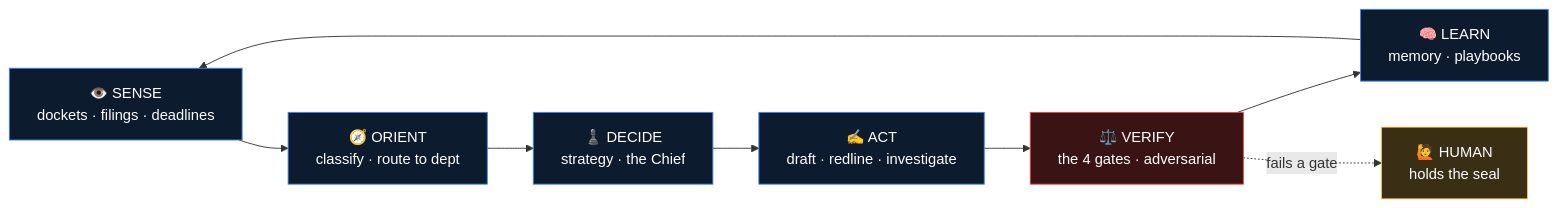
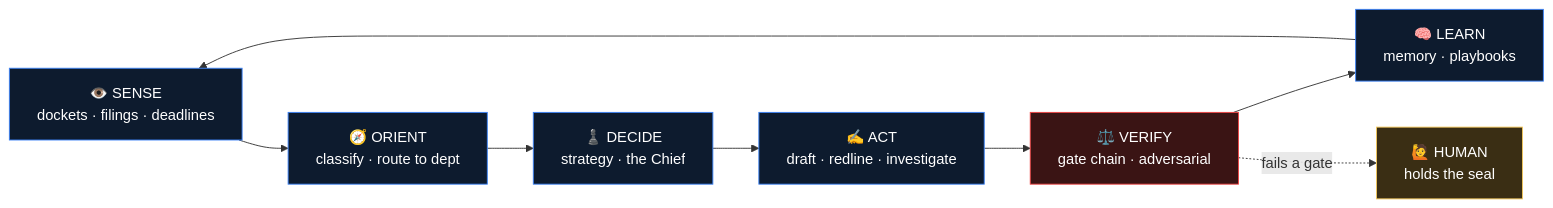
The sixth of 6 diagrams in README.md (rikitrader/glaw), drawn with Mermaid before and after one commit. The commit also changed other lines of this file and 2 other files, not shown here.

Commit message:
Keep autonomy docs aligned with gate chain

````diff
--- a/README.md
+++ b/README.md
@@ -431,17 +431,17 @@
 ```mermaid
 flowchart LR
     S["👁️ SENSE<br/>dockets · filings · deadlines"]
     O["🧭 ORIENT<br/>classify · route to dept"]
     D["♟️ DECIDE<br/>strategy · the Chief"]
     A["✍️ ACT<br/>draft · redline · investigate"]
-    V["⚖️ VERIFY<br/>the 4 gates · adversarial"]
+    V["⚖️ VERIFY<br/>gate chain · adversarial"]
     L["🧠 LEARN<br/>memory · playbooks"]
     S --> O --> D --> A --> V --> L --> S
     V -. "fails a gate" .-> H["🙋 HUMAN<br/>holds the seal"]
     classDef loop fill:#0d1b2e,stroke:#3B82F6,color:#fff;
     classDef gate fill:#3a1414,stroke:#ef4444,color:#fff;
     classDef human fill:#3a2e14,stroke:#F2C75B,color:#fff;
     class S,O,D,A,L loop
     class V gate
     class H human
 ```
````
